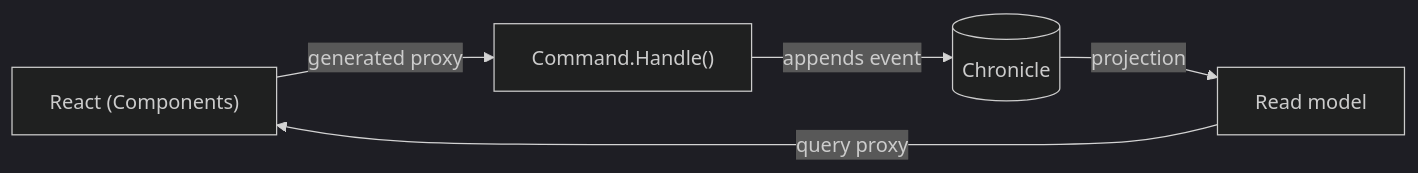
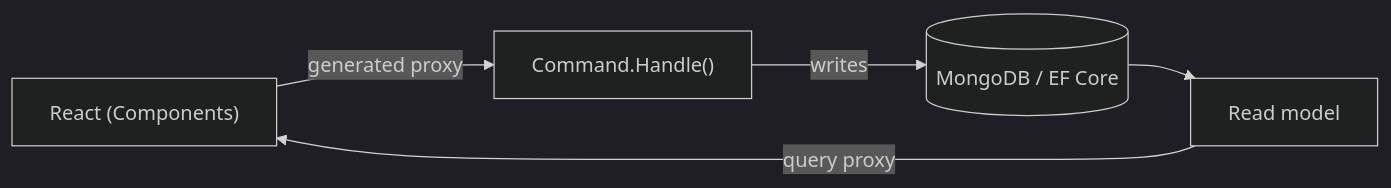
One commit to Cratis/Arc changed the diagram in Documentation/why-arc.md. Above: the diagram before and after it, drawn with Mermaid (dark theme). The commit also changed other lines of this file and 34 other files, not shown here.

First line of the commit message:
Reorganize event-sourcing pages under backend/chronicle; fix doc accuracy

````diff
--- a/Documentation/why-arc.md
+++ b/Documentation/why-arc.md
@@ -21,7 +21,7 @@
 ```mermaid
 flowchart LR
     React["React (Components)"] -->|generated proxy| Cmd["Command.Handle()"]
-    Cmd -->|appends event| Chronicle[(Chronicle)]
-    Chronicle -->|projection| ReadModel["Read model"]
+    Cmd -->|writes| Store[("MongoDB / EF Core")]
+    Store --> ReadModel["Read model"]
     ReadModel -->|query proxy| React
 ```
````
